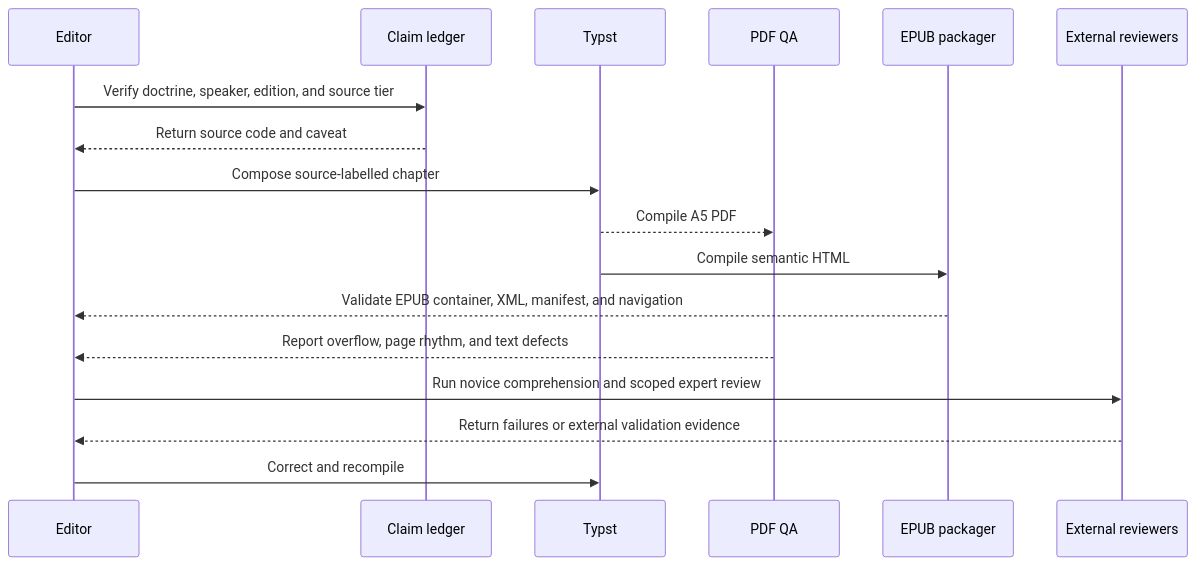
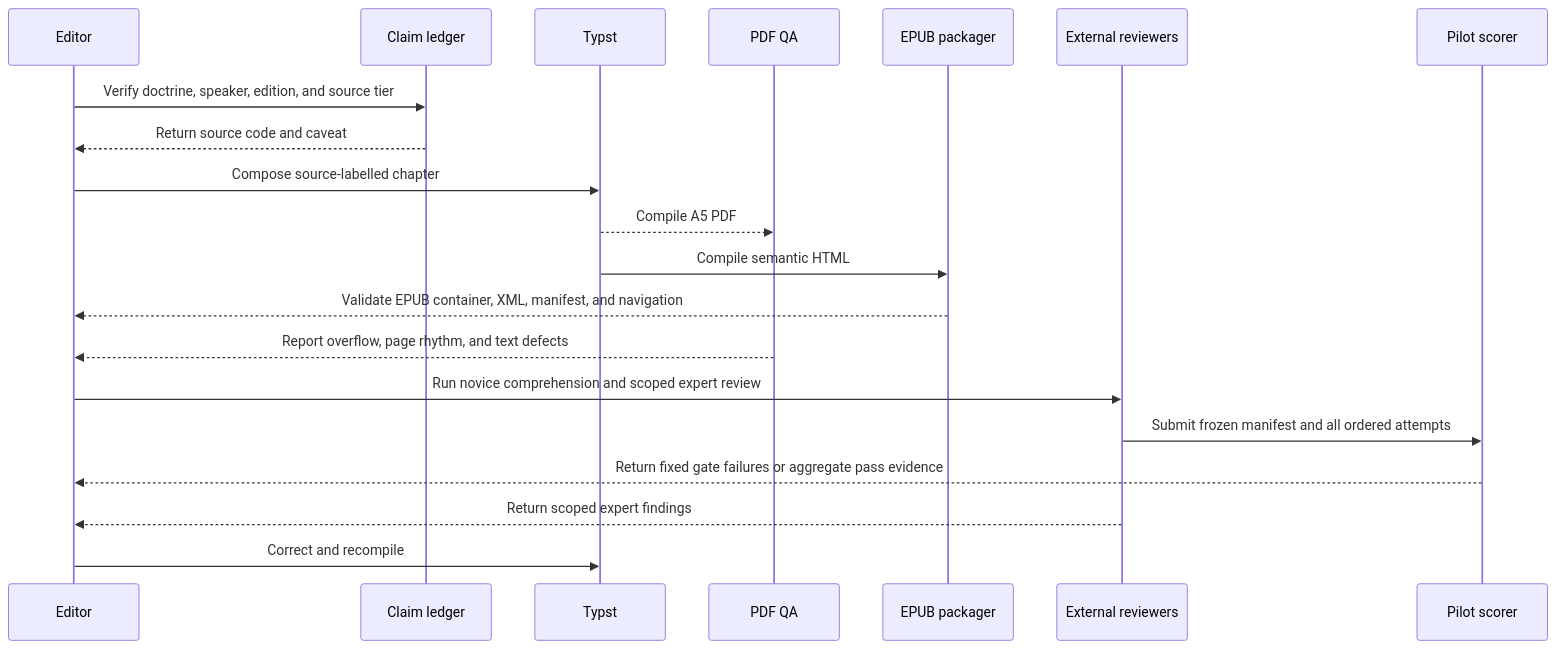
The third of 5 diagrams in AGENTS.md (streamentry/streamentry), drawn with Mermaid before and after one commit. The commit also changed other lines of this file and 45 other files, not shown here.

````diff
--- a/AGENTS.md
+++ b/AGENTS.md
@@ -79,19 +90,22 @@
 ```mermaid
 sequenceDiagram
   participant E as Editor
   participant L as Claim ledger
   participant T as Typst
   participant Q as PDF QA
   participant P as EPUB packager
   participant R as External reviewers
+  participant S as Pilot scorer
   E->>L: Verify doctrine, speaker, edition, and source tier
   L-->>E: Return source code and caveat
   E->>T: Compose source-labelled chapter
   T-->>Q: Compile A5 PDF
   T->>P: Compile semantic HTML
   P-->>E: Validate EPUB container, XML, manifest, and navigation
   Q-->>E: Report overflow, page rhythm, and text defects
   E->>R: Run novice comprehension and scoped expert review
-  R-->>E: Return failures or external validation evidence
+  R->>S: Submit frozen manifest and all ordered attempts
+  S-->>E: Return fixed gate failures or aggregate pass evidence
+  R-->>E: Return scoped expert findings
   E->>T: Correct and recompile
 ```
````
